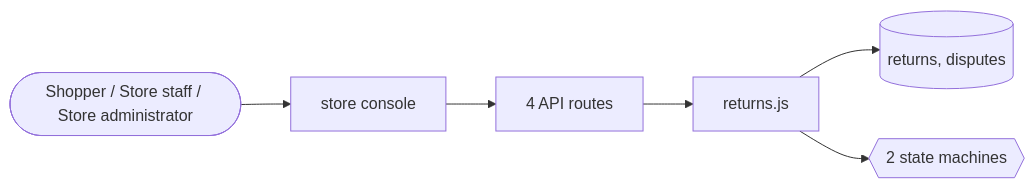
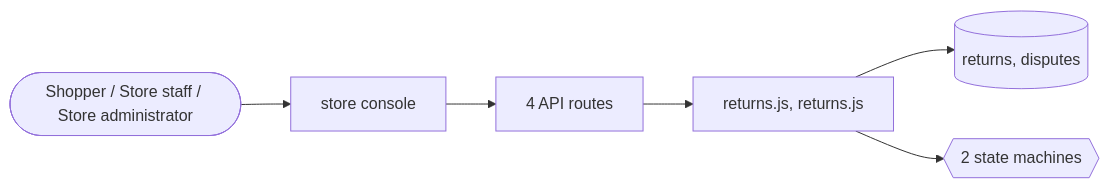
One commit to echelonxventures-Projects/universal-product changed the third of 3 diagrams in docs/domains/returns.md. Above: the diagram before and after it, drawn with Mermaid. The commit also changed other lines of this file and 18 other files, not shown here.

````diff
--- a/docs/domains/returns.md
+++ b/docs/domains/returns.md
@@ -91,8 +92,8 @@
 ```mermaid
 flowchart LR
   U([Shopper / Store staff / Store administrator]) --> UI[store console]
   UI --> API[4 API routes]
-  API --> ENG[returns.js]
+  API --> ENG[returns.js, returns.js]
   ENG --> DB[(returns, disputes)]
   ENG --> SM{{2 state machines}}
 ```
````
